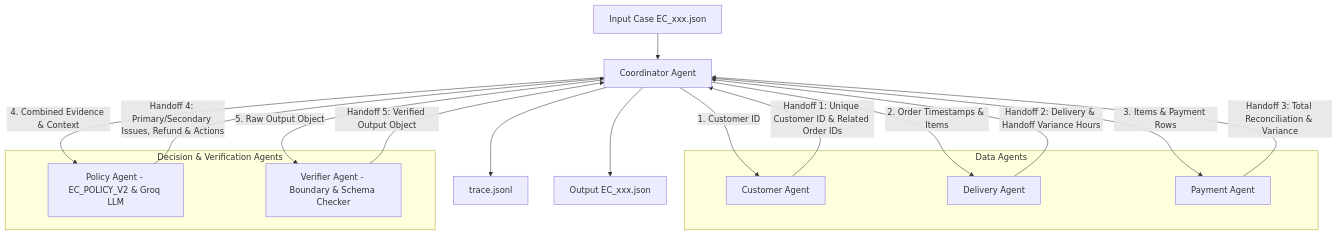
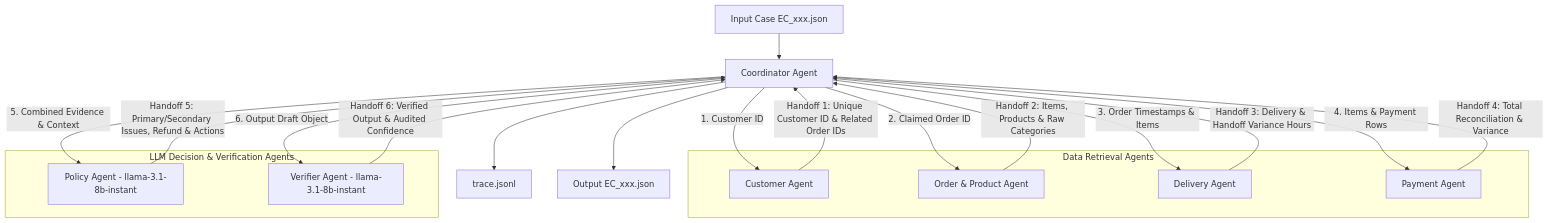
Before and after one commit to ThaiTu2602/K4-Day9-Multi-Agent-A2A-LowTech-Nhat: the diagram in architecture.md, drawn with Mermaid. The commit also changed other lines of this file and 5 other files, not shown here.

Commit message:
feat: upgrade to dual-model heterogeneous architecture, update metadata, architecture.md and trace.jsonl

````diff
--- a/architecture.md
+++ b/architecture.md
@@ -7,33 +7,37 @@
 ```mermaid
 flowchart TD
     Input[Input Case EC_xxx.json] --> Coord[Coordinator Agent]
     
-    subgraph Data Agents
+    subgraph Data Retrieval Agents
         Customer[Customer Agent]
+        OrderProduct[Order & Product Agent]
         Delivery[Delivery Agent]
         Payment[Payment Agent]
     end
 
-    subgraph Decision & Verification Agents
-        Policy[Policy Agent - EC_POLICY_V2 & Groq LLM]
-        Verifier[Verifier Agent - Boundary & Schema Checker]
+    subgraph LLM Decision & Verification Agents
+        Policy[Policy Agent - llama-3.1-8b-instant]
+        Verifier[Verifier Agent - llama-3.1-8b-instant]
     end
 
     Coord -->|1. Customer ID| Customer
     Customer -->|Handoff 1: Unique Customer ID & Related Order IDs| Coord
     
-    Coord -->|2. Order Timestamps & Items| Delivery
-    Delivery -->|Handoff 2: Delivery & Handoff Variance Hours| Coord
+    Coord -->|2. Claimed Order ID| OrderProduct
+    OrderProduct -->|Handoff 2: Items, Products & Raw Categories| Coord
+
+    Coord -->|3. Order Timestamps & Items| Delivery
+    Delivery -->|Handoff 3: Delivery & Handoff Variance Hours| Coord
     
-    Coord -->|3. Items & Payment Rows| Payment
-    Payment -->|Handoff 3: Total Reconciliation & Variance| Coord
+    Coord -->|4. Items & Payment Rows| Payment
+    Payment -->|Handoff 4: Total Reconciliation & Variance| Coord
     
-    Coord -->|4. Combined Evidence & Context| Policy
-    Policy -->|Handoff 4: Primary/Secondary Issues, Refund & Actions| Coord
+    Coord -->|5. Combined Evidence & Context| Policy
+    Policy -->|Handoff 5: Primary/Secondary Issues, Refund & Actions| Coord
     
-    Coord -->|5. Raw Output Object| Verifier
-    Verifier -->|Handoff 5: Verified Output Object| Coord
+    Coord -->|6. Output Draft Object| Verifier
+    Verifier -->|Handoff 6: Verified Output & Audited Confidence| Coord
     
     Coord --> Trace[trace.jsonl]
     Coord --> Output[Output EC_xxx.json]
 ```
````
